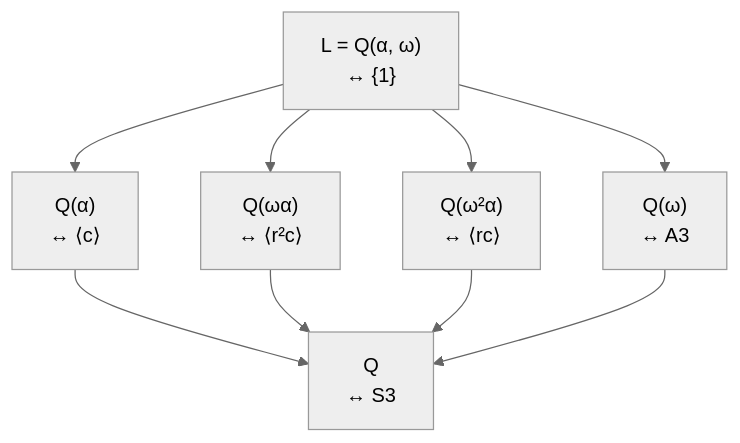
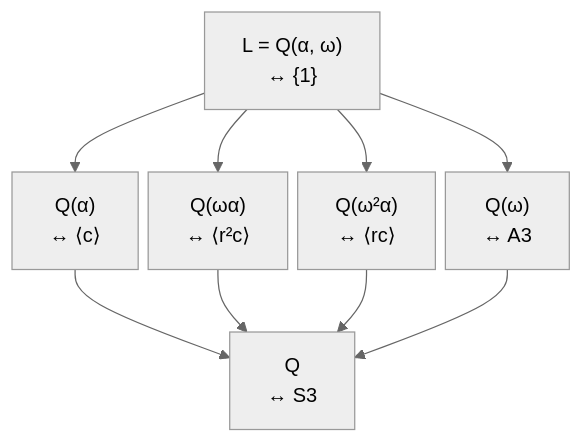
Before and after one commit to EunsonZ/WWL: the second of 2 diagrams in 数学/25-高等代数/30-Galois理论/05-双二次扩张与S3全部对应.md, drawn with Mermaid (neutral theme). The commit also changed other lines of this file and 252 other files, not shown here.

````diff
--- a/数学/25-高等代数/30-Galois理论/05-双二次扩张与S3全部对应.md
+++ b/数学/25-高等代数/30-Galois理论/05-双二次扩张与S3全部对应.md
@@ -86,13 +87,14 @@
 ```mermaid
+%%{init: { "flowchart": { "nodeSpacing": 8, "useMaxWidth": true } } }%%
 flowchart TB
   L["L = Q(α, ω)<br/>↔ {1}"]
   R1["Q(α)<br/>↔ ⟨c⟩"]
   R2["Q(ωα)<br/>↔ ⟨r²c⟩"]
   R3["Q(ω²α)<br/>↔ ⟨rc⟩"]
   W["Q(ω)<br/>↔ A3"]
   Q["Q<br/>↔ S3"]
   L --> R1 --> Q
   L --> R2 --> Q
   L --> R3 --> Q
   L --> W --> Q
 ```
````
